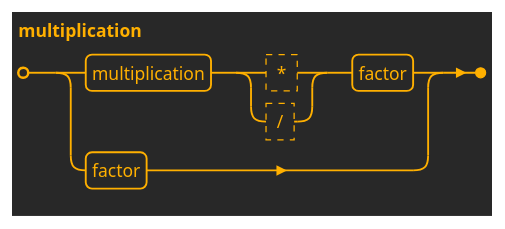
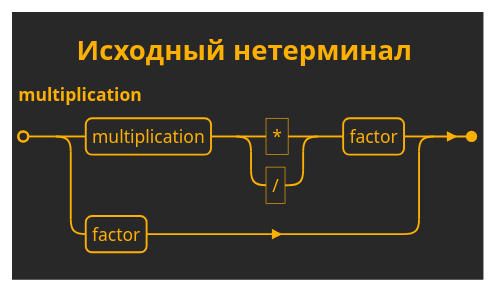
Before and after one commit to realsonic/MURQ: the eighth of 10 diagrams in Domain/MURQ.Domain/URQL/docs/URQL Lines Syntax.md, drawn with PlantUML. The commit also changed other lines of this file and 6 other files, not shown here.

````diff
--- a/Domain/MURQ.Domain/URQL/docs/URQL Lines Syntax.md
+++ b/Domain/MURQ.Domain/URQL/docs/URQL Lines Syntax.md
@@ -122,9 +148,11 @@
 ```plantuml
-@startebnf joinedStatements
+@startebnf Исходный multiplication
 !theme crt-amber
 
+title Исходный нетерминал
+
 multiplication =
-    multiplication, (? * ? | ? / ?), factor
+    multiplication, ('*' | "/"), factor
   | factor;
 @endebnf
 ```
````
